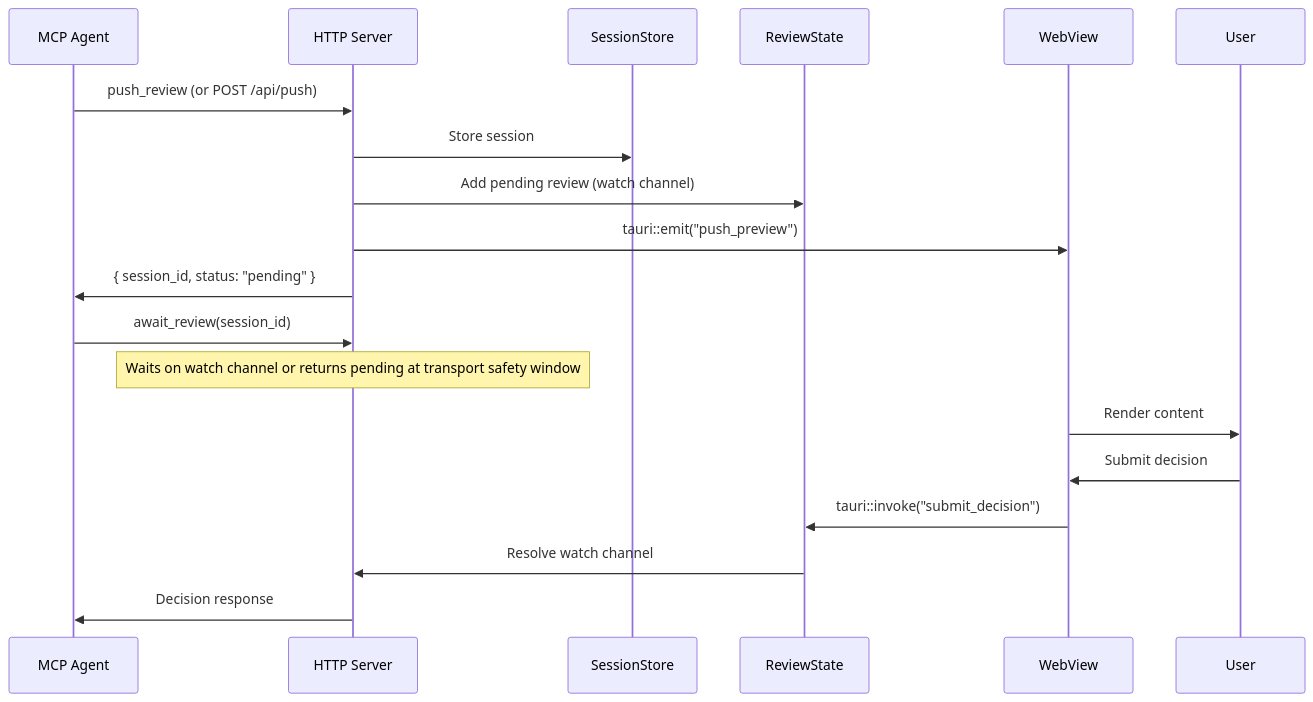
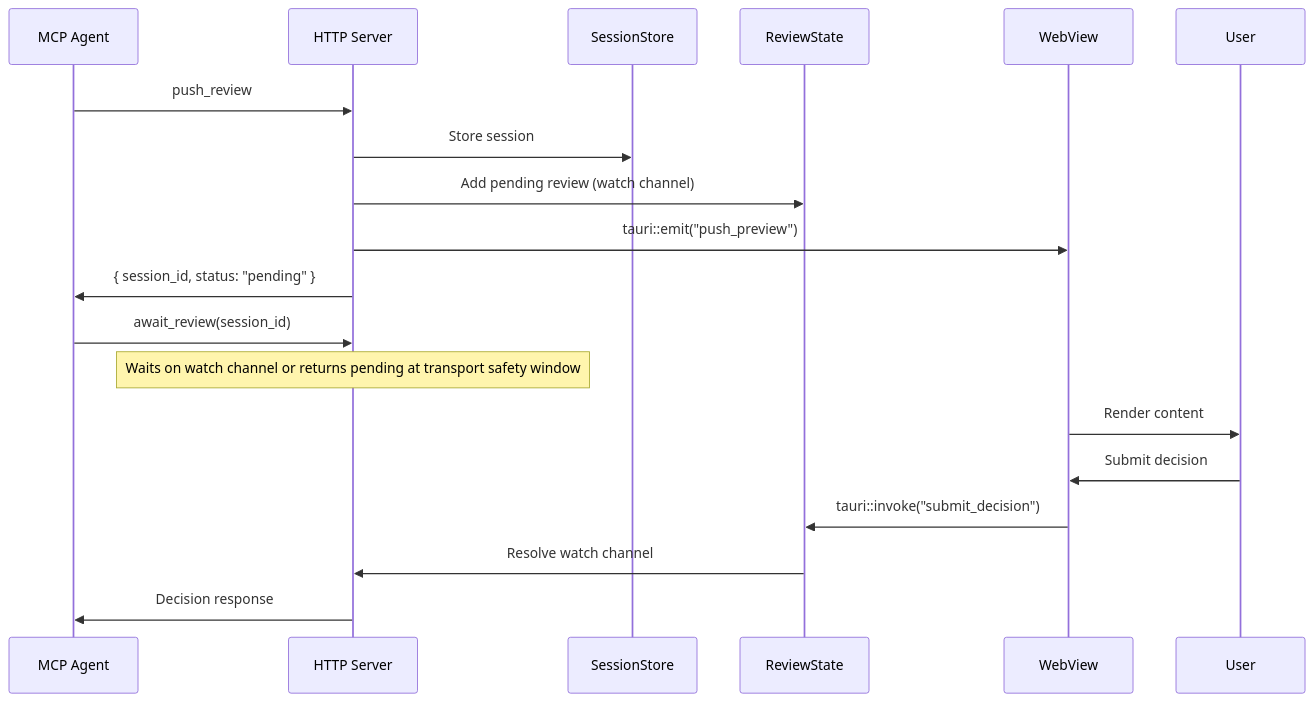
The first of 4 diagrams in docs/architecture.md (DeeJanuz/mcp-mux), drawn with Mermaid before and after one commit. The commit also changed other lines of this file and 3 other files, not shown here.

Commit message:
Clarify review push behavior and disable graph hover tooltips

````diff
--- a/docs/architecture.md
+++ b/docs/architecture.md
@@ -15,22 +15,22 @@
 ```mermaid
 sequenceDiagram
     participant Agent as MCP Agent
     participant HTTP as HTTP Server
     participant Store as SessionStore
     participant Review as ReviewState
     participant WebView as WebView
     participant User as User
 
-    Agent->>HTTP: push_review (or POST /api/push)
+    Agent->>HTTP: push_review
     HTTP->>Store: Store session
     HTTP->>Review: Add pending review (watch channel)
     HTTP->>WebView: tauri::emit("push_preview")
     HTTP->>Agent: { session_id, status: "pending" }
     Agent->>HTTP: await_review(session_id)
     Note over HTTP: Waits on watch channel or returns pending at transport safety window
     WebView->>User: Render content
     User->>WebView: Submit decision
     WebView->>Review: tauri::invoke("submit_decision")
     Review->>HTTP: Resolve watch channel
     HTTP->>Agent: Decision response
 ```
````
